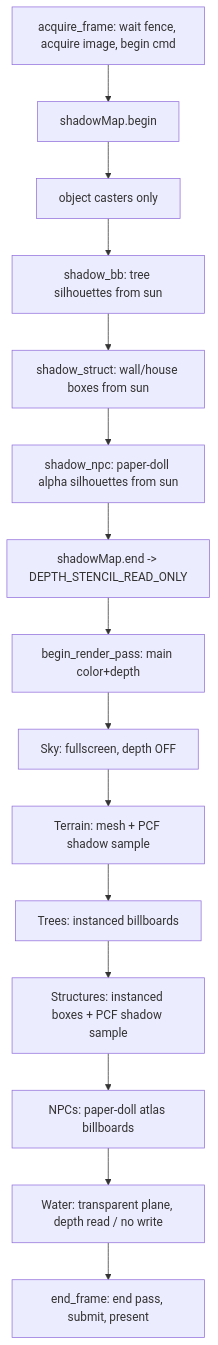
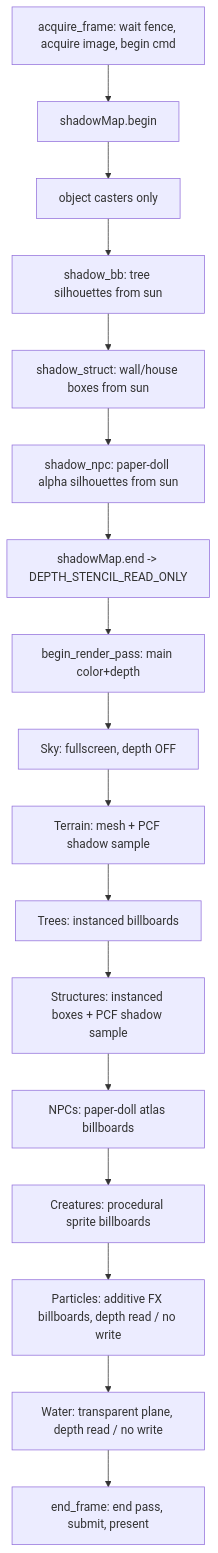
The diagram in timaert_c/render.md (Jirnyak/Timaert), drawn with Mermaid before and after one commit. The commit also changed other lines of this file and 13 other files, not shown here.

````diff
--- a/timaert_c/render.md
+++ b/timaert_c/render.md
@@ -27,17 +27,19 @@
 ```mermaid
 flowchart TD
     A[acquire_frame: wait fence, acquire image, begin cmd] --> B[shadowMap.begin]
     B --> C[object casters only]
     C --> D[shadow_bb: tree silhouettes from sun]
     D --> Ds[shadow_struct: wall/house boxes from sun]
     Ds --> Dn[shadow_npc: paper-doll alpha silhouettes from sun]
     Dn --> E[shadowMap.end -> DEPTH_STENCIL_READ_ONLY]
     E --> F[begin_render_pass: main color+depth]
     F --> G[Sky: fullscreen, depth OFF]
     G --> H[Terrain: mesh + PCF shadow sample]
     H --> I[Trees: instanced billboards]
     I --> Is[Structures: instanced boxes + PCF shadow sample]
     Is --> In[NPCs: paper-doll atlas billboards]
-    In --> J[Water: transparent plane, depth read / no write]
+    In --> Ic[Creatures: procedural sprite billboards]
+    Ic --> Ip[Particles: additive FX billboards, depth read / no write]
+    Ip --> J[Water: transparent plane, depth read / no write]
     J --> K[end_frame: end pass, submit, present]
 ```
````
